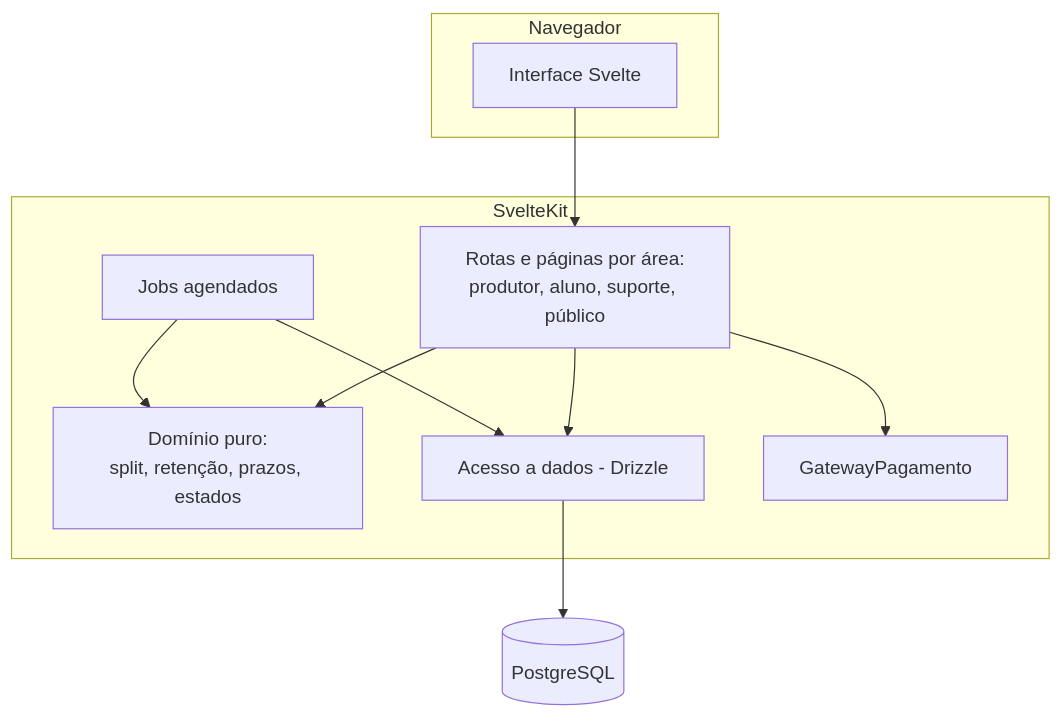
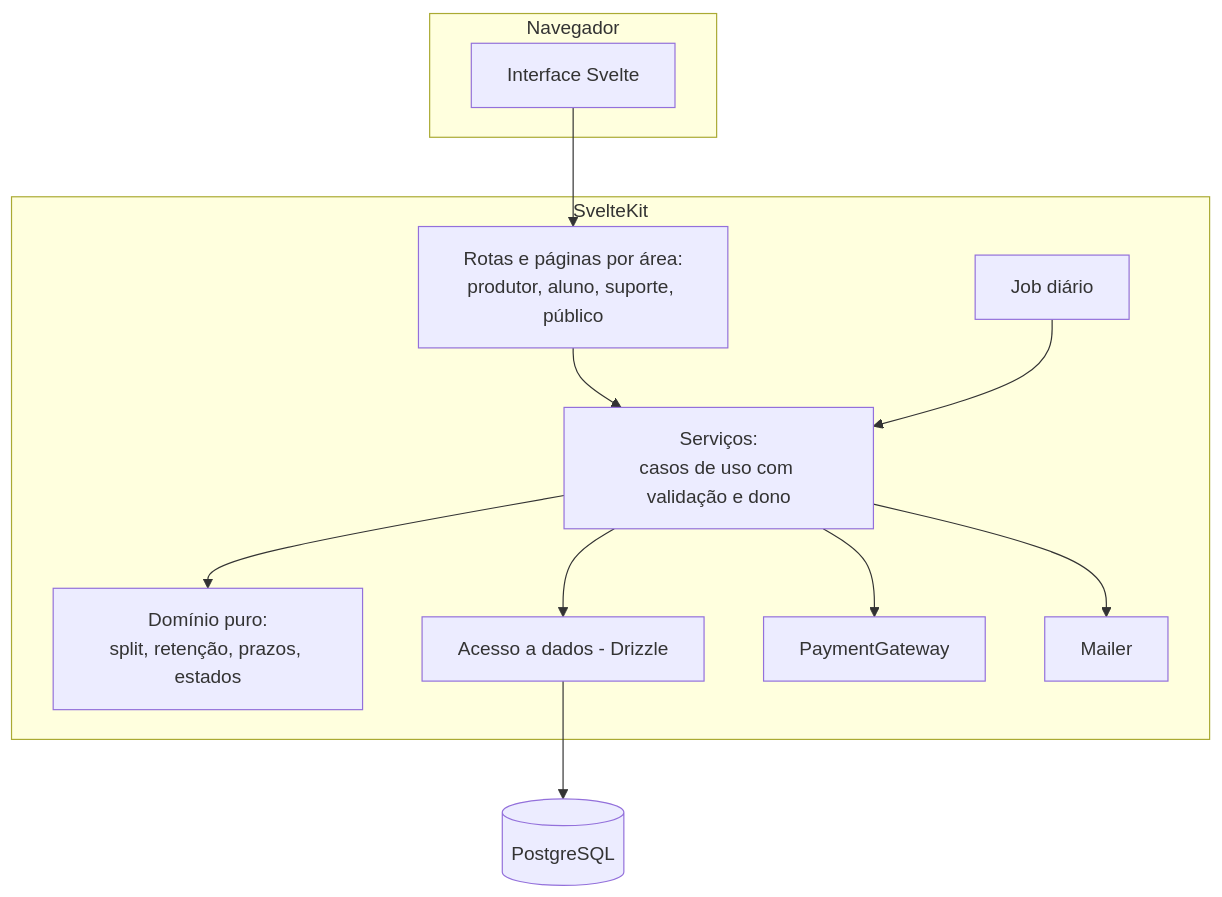
Before and after one commit to kitsuneislife/kriup: the second of 2 diagrams in docs/tecnico/arquitetura.md, drawn with Mermaid. The commit also changed other lines of this file and 3 other files, not shown here.

````diff
--- a/docs/tecnico/arquitetura.md
+++ b/docs/tecnico/arquitetura.md
@@ -47,24 +47,27 @@
 ```mermaid
 flowchart TB
     subgraph Navegador
         UI[Interface Svelte]
     end
 
     subgraph SvelteKit
         Rotas[Rotas e páginas por área:<br/>produtor, aluno, suporte, público]
+        Servicos[Serviços:<br/>casos de uso com validação e dono]
         Dominio[Domínio puro:<br/>split, retenção, prazos, estados]
         Dados[Acesso a dados - Drizzle]
-        GW[GatewayPagamento]
-        Cron[Jobs agendados]
+        GW[PaymentGateway]
+        Mail[Mailer]
+        Cron[Job diário]
     end
 
     DB[(PostgreSQL)]
 
     UI --> Rotas
-    Rotas --> Dominio
-    Rotas --> Dados
-    Rotas --> GW
-    Cron --> Dominio
-    Cron --> Dados
+    Rotas --> Servicos
+    Cron --> Servicos
+    Servicos --> Dominio
+    Servicos --> Dados
+    Servicos --> GW
+    Servicos --> Mail
     Dados --> DB
 ```
````
